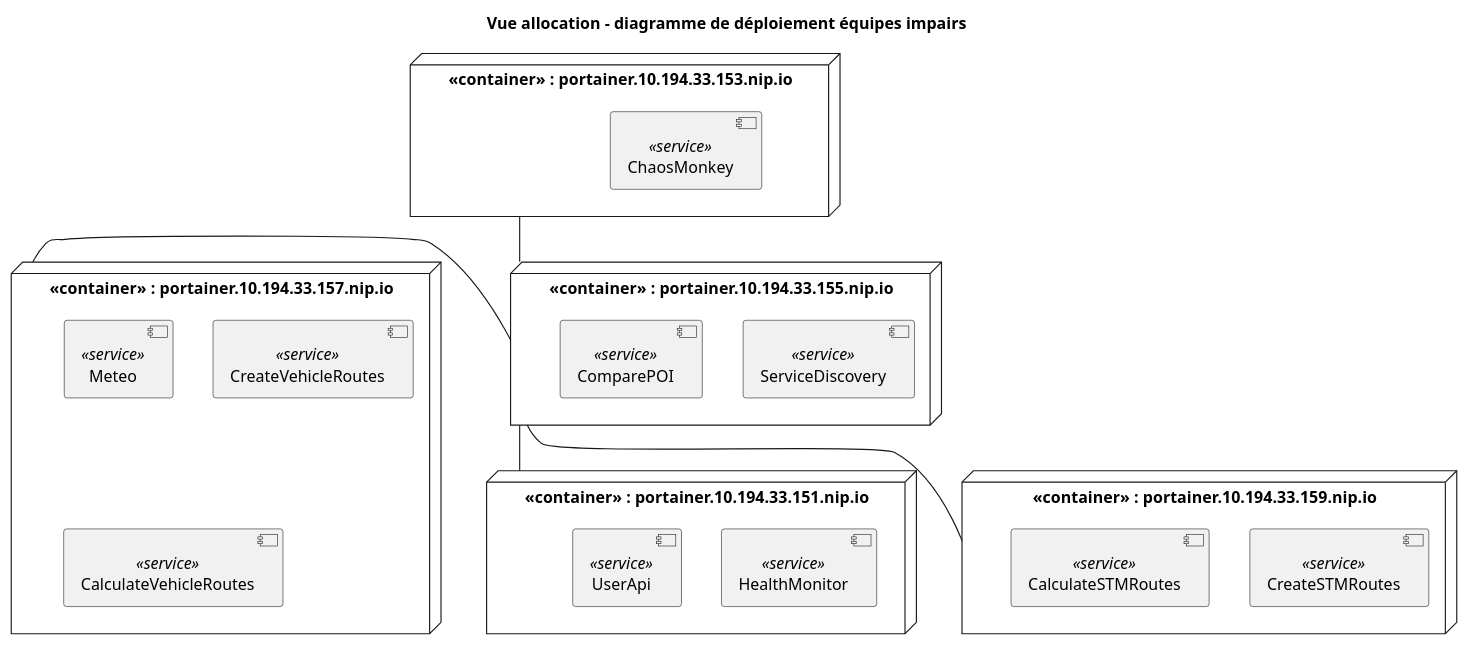
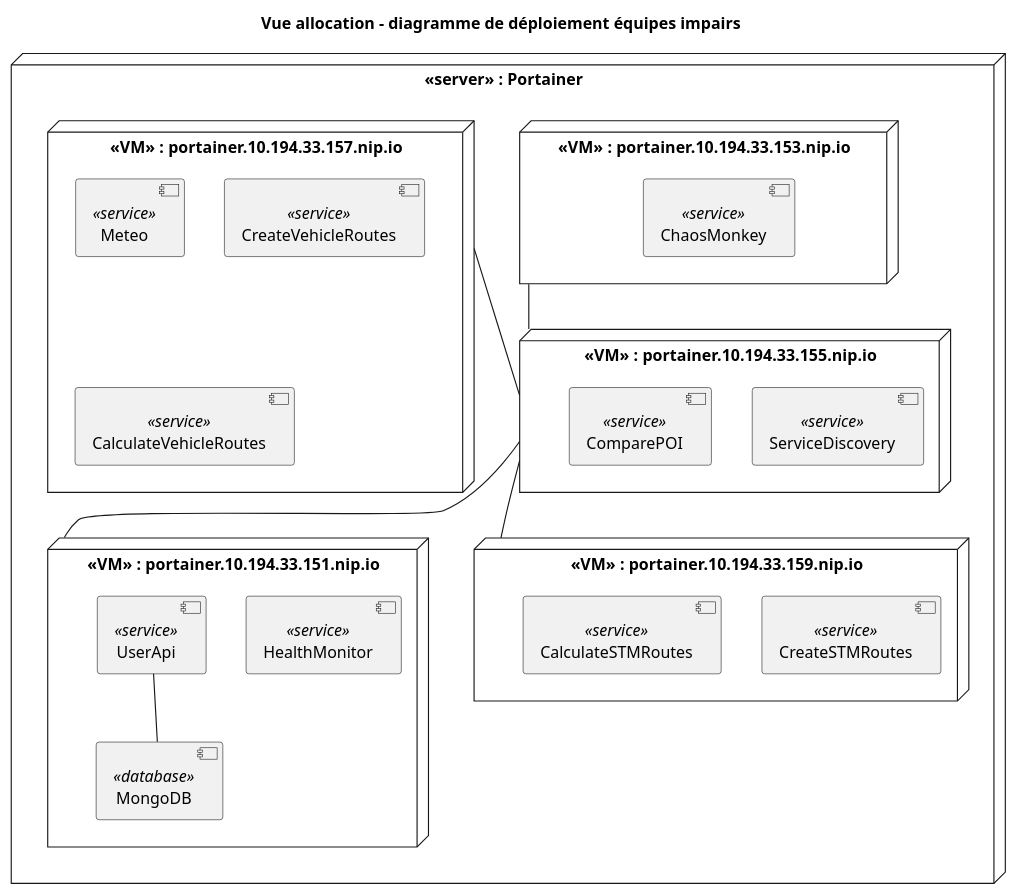
The diagram in doc/vues/deploiement.puml (hichambel/LOG430-Equipe01-STM), drawn with PlantUML before and after one commit. The commit also changed 2 other files, not shown here.

```diff
--- a/doc/vues/deploiement.puml
+++ b/doc/vues/deploiement.puml
@@ -1,34 +1,39 @@
 @startuml
 
 title Vue allocation - diagramme de déploiement équipes impairs
 
-node "<<container>> : portainer.10.194.33.151.nip.io" as Portainer1 {
-    component HealthMonitor <<service>>
-    component UserApi <<service>>
+node "<<server>> : Portainer" as Portainer {
+    node "<<VM>> : portainer.10.194.33.151.nip.io" as Portainer1 {
+        component HealthMonitor <<service>>
+        component UserApi <<service>>
+        component MongoDB <<database>>
+    }
+
+    node "<<VM>> : portainer.10.194.33.153.nip.io" as Portainer2 {
+        component ChaosMonkey <<service>>
+    }
+
+    node "<<VM>> : portainer.10.194.33.155.nip.io" as Portainer3 {
+        component ServiceDiscovery <<service>>
+        component ComparePOI <<service>>
+    }
+
+    node "<<VM>> : portainer.10.194.33.157.nip.io" as Portainer4 {
+        component Meteo <<service>>
+        component CreateVehicleRoutes <<service>>
+        component CalculateVehicleRoutes <<service>>
+    }
+
+    node "<<VM>> : portainer.10.194.33.159.nip.io" as Portainer5 {
+        component CreateSTMRoutes <<service>>
+        component CalculateSTMRoutes <<service>>
+    }
 }
 
-node "<<container>> : portainer.10.194.33.153.nip.io" as Portainer2 {
-    component ChaosMonkey <<service>>
-}
-
-node "<<container>> : portainer.10.194.33.155.nip.io" as Portainer3 {
-    component ServiceDiscovery <<service>>
-    component ComparePOI <<service>>
-}
-
-node "<<container>> : portainer.10.194.33.157.nip.io" as Portainer4 {
-    component Meteo <<service>>
-    component CreateVehicleRoutes <<service>>
-    component CalculateVehicleRoutes <<service>>
-}
-
-node "<<container>> : portainer.10.194.33.159.nip.io" as Portainer5 {
-    component CreateSTMRoutes <<service>>
-    component CalculateSTMRoutes <<service>>
-}
-
+UserApi -down- MongoDB
 Portainer3 -- Portainer1
 Portainer2 -- Portainer3
-Portainer4 - Portainer3
+Portainer4 -- Portainer3
 Portainer3 -- Portainer5
+
 @enduml
```
